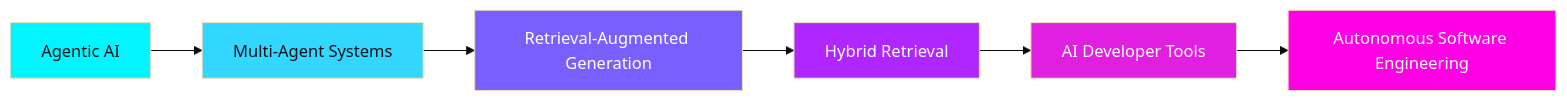
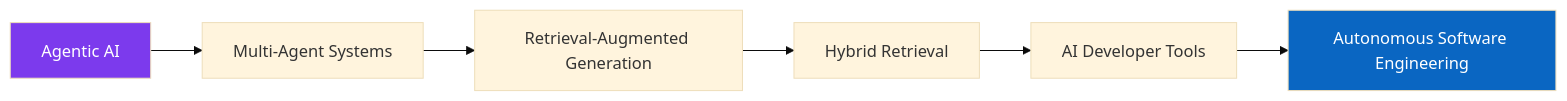
Before and after one commit to Karthik7939/Karthik7939: the diagram in README.md, drawn with Mermaid (base theme). The commit also changed other lines of this file, not shown here.

````diff
--- a/README.md
+++ b/README.md
@@ -257,14 +292,10 @@
 ```mermaid
 graph LR
     A[Agentic AI] --> B[Multi-Agent Systems]
     B --> C[Retrieval-Augmented Generation]
     C --> D[Hybrid Retrieval]
     D --> E[AI Developer Tools]
     E --> F[Autonomous Software Engineering]
-    style A fill:#00F5FF,color:#0D1117
-    style B fill:#33D6FF,color:#0D1117
-    style C fill:#7A5FFF,color:#fff
-    style D fill:#B026FF,color:#fff
-    style E fill:#E01FE0,color:#fff
-    style F fill:#FF00E5,color:#fff
+    style A fill:#7C3AED,color:#fff
+    style F fill:#0A66C2,color:#fff
 ```
````
